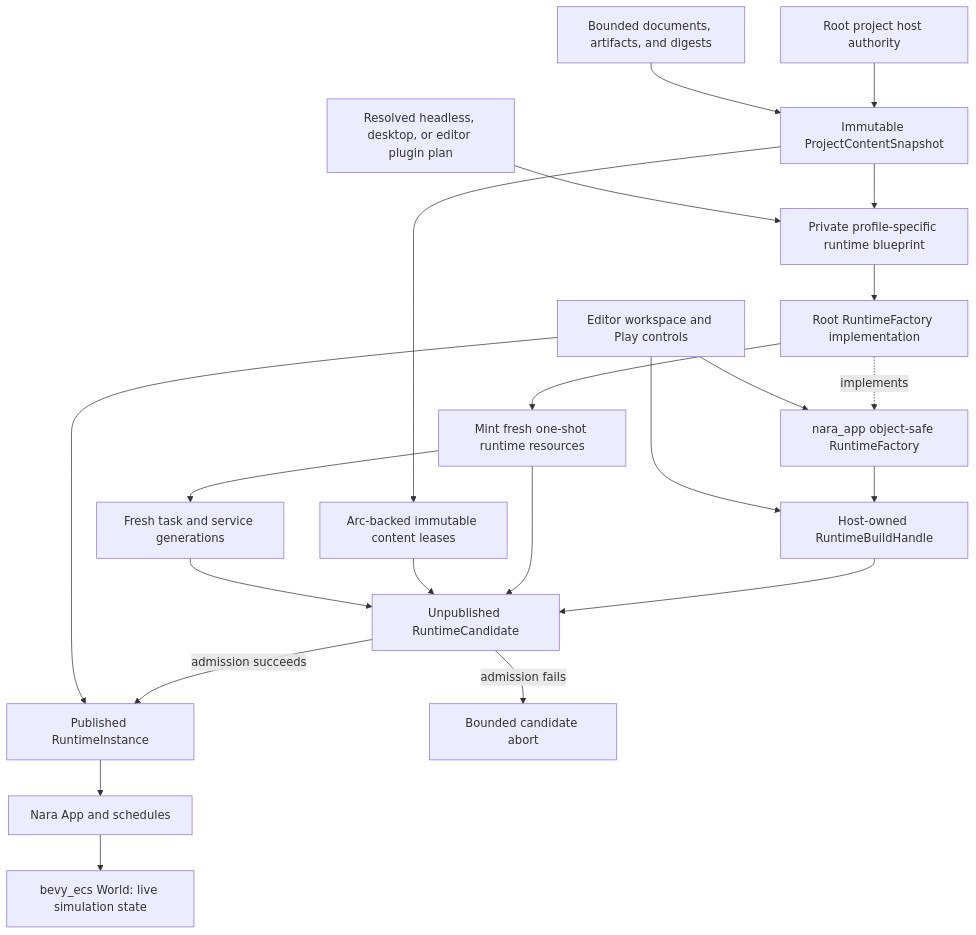
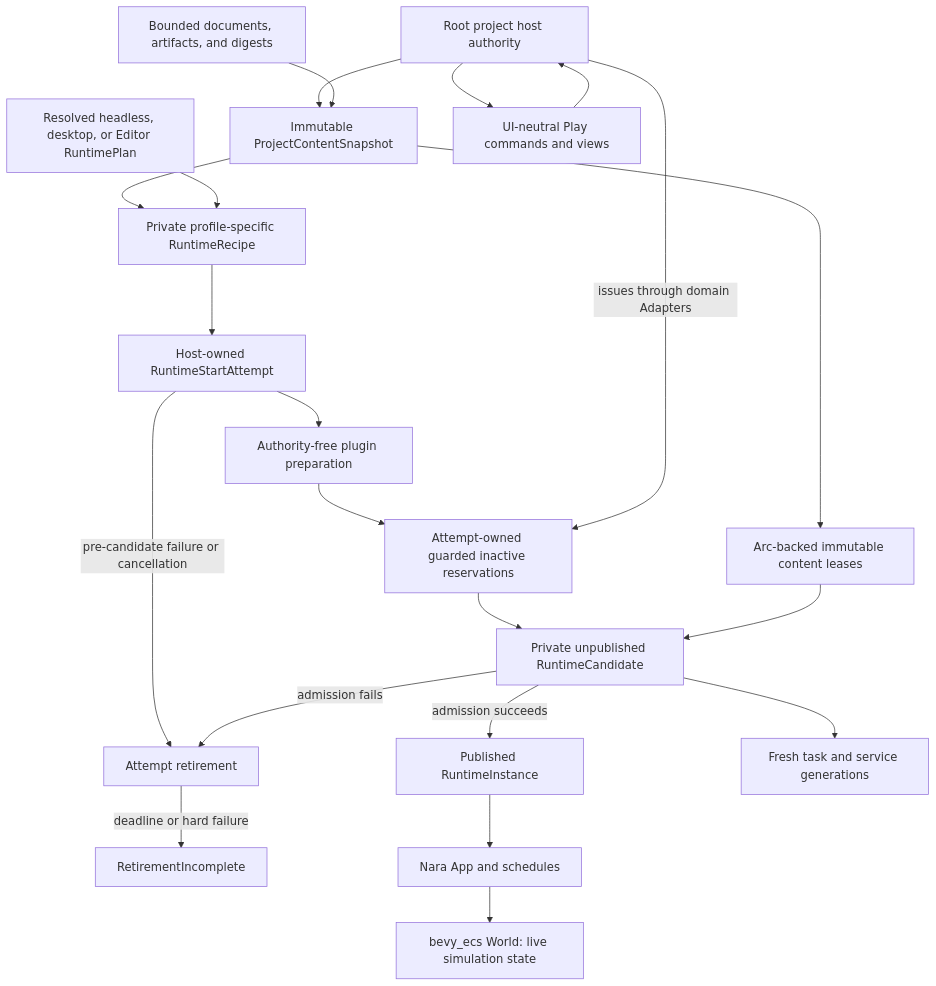
The second of 8 diagrams in docs/plans/2026-07-12-001-refactor-reference-game-driven-foundation-plan.md (Latias94/nara), drawn with Mermaid before and after one commit. The commit also changed other lines of this file and 15 other files, not shown here.

First line of the commit message:
docs(architecture): tighten runtime and authoring interfaces

````diff
--- a/docs/plans/2026-07-12-001-refactor-reference-game-driven-foundation-plan.md
+++ b/docs/plans/2026-07-12-001-refactor-reference-game-driven-foundation-plan.md
@@ -216,24 +216,23 @@
 ```mermaid
 flowchart TD
     Host[Root project host authority] --> Snapshot[Immutable ProjectContentSnapshot]
     Documents[Bounded documents, artifacts, and digests] --> Snapshot
-    Snapshot --> Blueprint[Private profile-specific runtime blueprint]
+    Snapshot --> Recipe[Private profile-specific RuntimeRecipe]
     Snapshot --> Leases[Arc-backed immutable content leases]
-    Profile[Resolved headless, desktop, or editor plugin plan] --> Blueprint
-    Blueprint --> Factory[Root RuntimeFactory implementation]
-    Factory -. implements .-> Contract[nara_app object-safe RuntimeFactory]
-    Contract --> Build[Host-owned RuntimeBuildHandle]
-    Build --> Candidate[Unpublished RuntimeCandidate]
-    Factory --> Mint[Mint fresh one-shot runtime resources]
-    Mint --> Candidate
+    Profile[Resolved headless, desktop, or Editor RuntimePlan] --> Recipe
+    Recipe --> Start[Host-owned RuntimeStartAttempt]
+    Start --> Prepare[Authority-free plugin preparation]
+    Prepare --> Reserve[Attempt-owned guarded inactive reservations]
+    Host -->|issues through domain Adapters| Reserve
+    Reserve --> Candidate[Private unpublished RuntimeCandidate]
     Candidate -->|admission succeeds| Runtime[Published RuntimeInstance]
-    Candidate -->|admission fails| Abort[Bounded candidate abort]
+    Start -->|pre-candidate failure or cancellation| Retire[Attempt retirement]
+    Candidate -->|admission fails| Retire
+    Retire -->|deadline or hard failure| Incomplete[RetirementIncomplete]
     Runtime --> App[Nara App and schedules]
     App --> World[bevy_ecs World: live simulation state]
-    Mint --> Services[Fresh task and service generations]
+    Candidate --> Services[Fresh task and service generations]
     Leases --> Candidate
-    Services --> Candidate
-    Tooling[Editor workspace and Play controls] --> Contract
-    Tooling --> Build
-    Tooling --> Runtime
+    Tooling[UI-neutral Play commands and views] --> Host
+    Host --> Tooling
 ```
````
